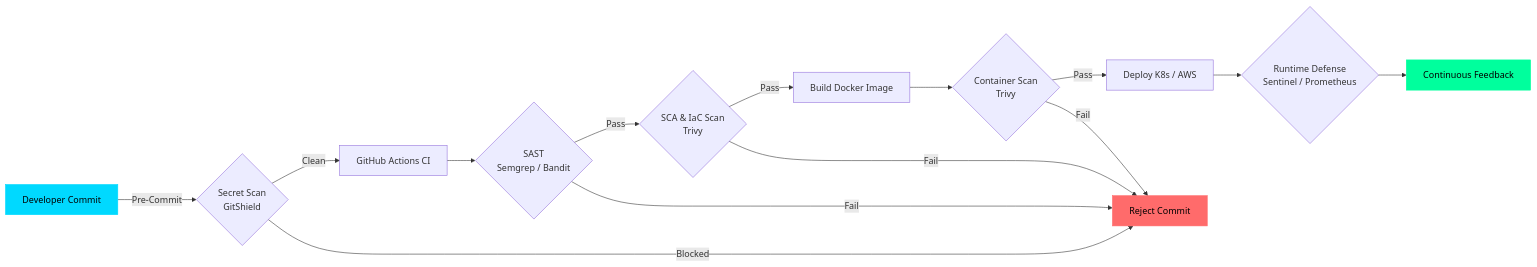
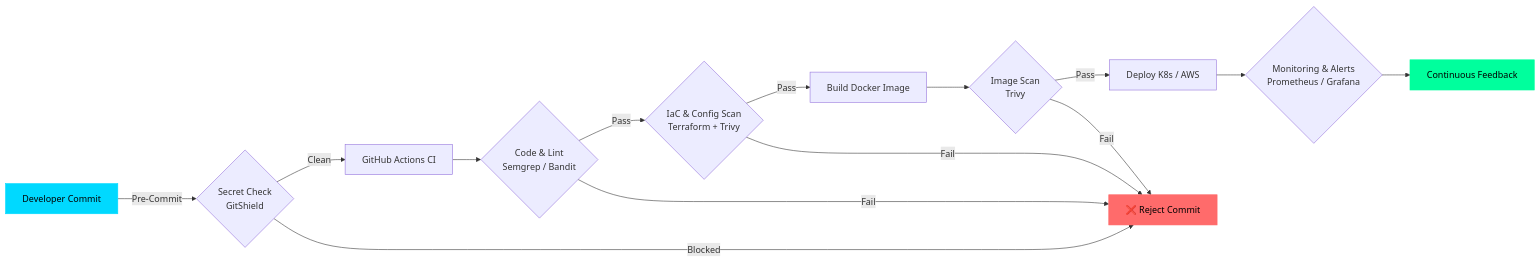
The diagram in README.md (NejamulHaque/NejamulHaque), drawn with Mermaid before and after one commit. The commit also changed other lines of this file, not shown here.

````diff
--- a/README.md
+++ b/README.md
@@ -74,20 +171,20 @@
 ```mermaid
 graph LR
-    A[Developer Commit] -->|Pre-Commit| B{Secret Scan<br/>GitShield}
+    A[Developer Commit] -->|Pre-Commit| B{Secret Check<br/>GitShield}
     B -->|Clean| C[GitHub Actions CI]
-    C --> D{SAST<br/>Semgrep / Bandit}
-    D -->|Pass| E{SCA & IaC Scan<br/>Trivy}
+    C --> D{Code & Lint<br/>Semgrep / Bandit}
+    D -->|Pass| E{IaC & Config Scan<br/>Terraform + Trivy}
     E -->|Pass| F[Build Docker Image]
-    F --> G{Container Scan<br/>Trivy}
+    F --> G{Image Scan<br/>Trivy}
     G -->|Pass| H[Deploy K8s / AWS]
-    H --> I{Runtime Defense<br/>Sentinel / Prometheus}
+    H --> I{Monitoring & Alerts<br/>Prometheus / Grafana}
     I --> J[Continuous Feedback]
-    B -->|Blocked| K[Reject Commit]
+    B -->|Blocked| K[❌ Reject Commit]
     D -->|Fail| K
     E -->|Fail| K
     G -->|Fail| K
 
     style A fill:#00D9FF,stroke:#00D9FF,color:#000
     style J fill:#00FF9D,stroke:#00FF9D,color:#000
     style K fill:#FF6B6B,stroke:#FF6B6B,color:#000
 ```
````
